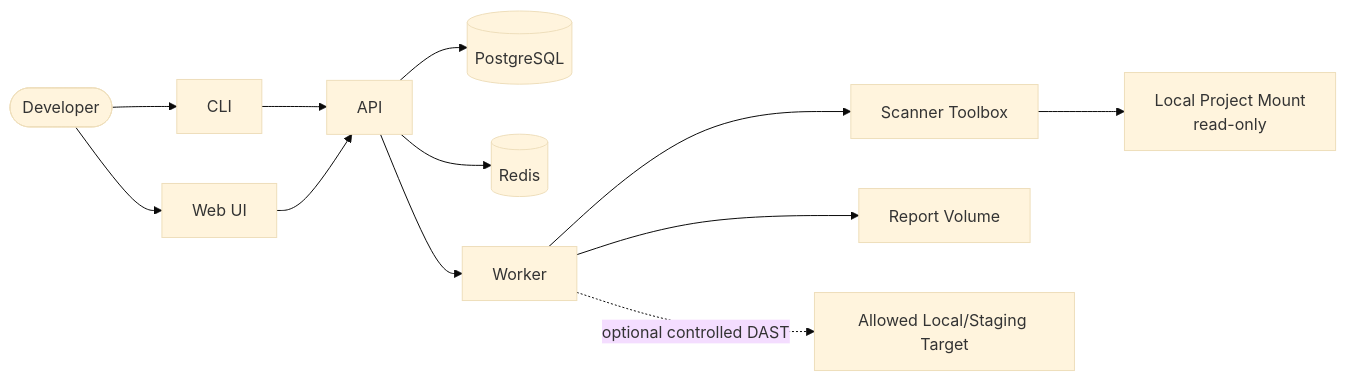
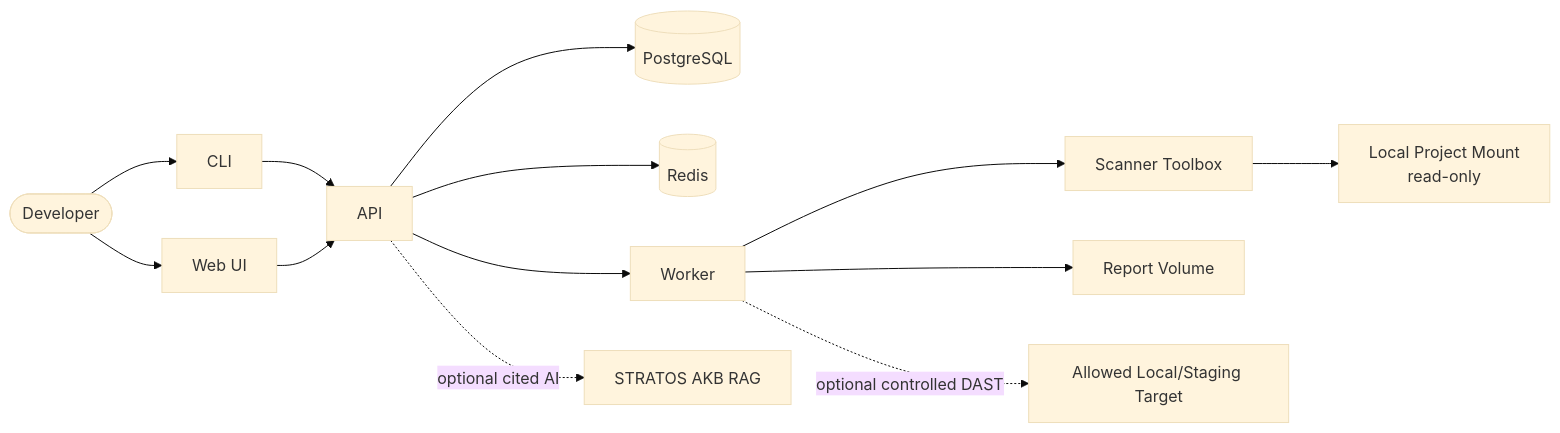
One commit to voldzi/SecurityPreflight changed the diagram in docs/architecture.md. Above: the diagram before and after it, drawn with Mermaid (base theme). The commit also changed other lines of this file and 18 other files, not shown here.

Commit message:
Add STRATOS report exports and AKB bridge

````diff
--- a/docs/architecture.md
+++ b/docs/architecture.md
@@ -29,14 +29,15 @@
 ```mermaid
 flowchart LR
   user([Developer]) --> cli[CLI]
   user --> web[Web UI]
   cli --> api[API]
   web --> api
   api --> db[(PostgreSQL)]
   api --> redis[(Redis)]
   api --> worker[Worker]
   worker --> toolbox[Scanner Toolbox]
   toolbox --> project[Local Project Mount<br/>read-only]
   worker --> reports[Report Volume]
+  api -. optional cited AI .-> akb[STRATOS AKB RAG]
   worker -. optional controlled DAST .-> target[Allowed Local/Staging Target]
 ```
````
